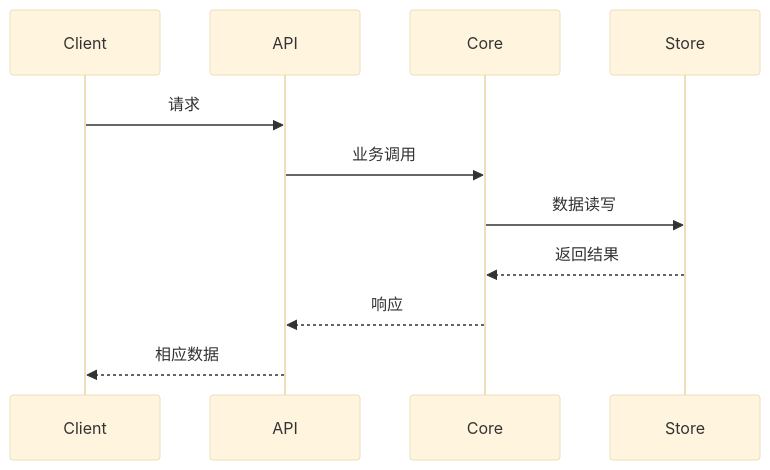
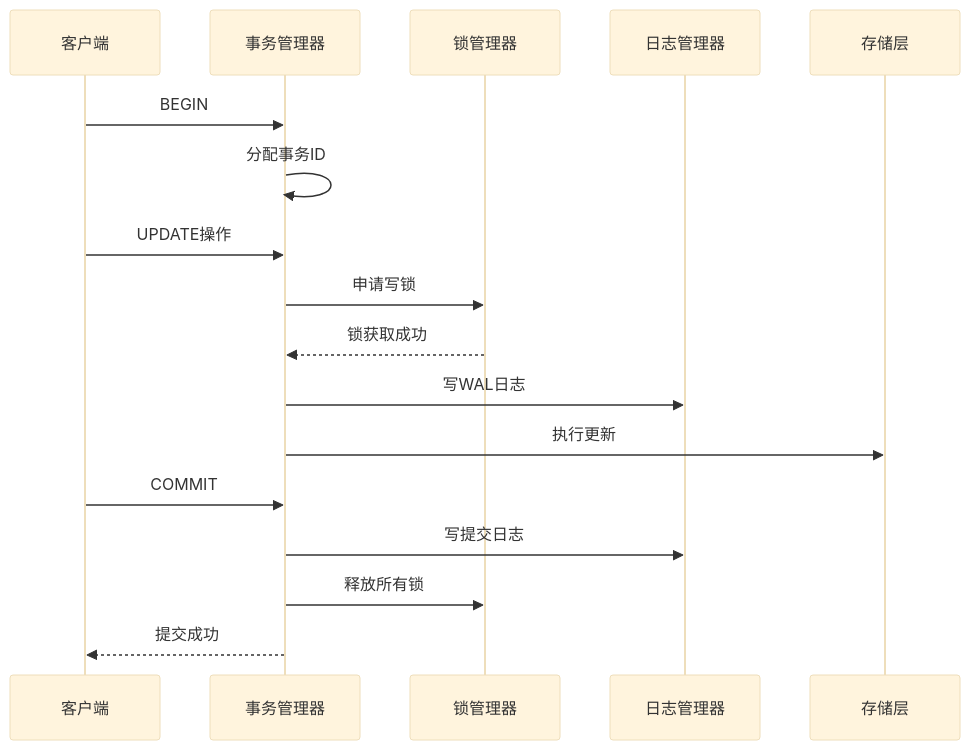
One commit to gaochao-git/devpos changed the second of 2 diagrams in nuxx_code/transaction/transaction模块功能设计文档.md. Above: the diagram before and after it, drawn with Mermaid (base theme). The commit also changed other lines of this file and 8 other files, not shown here.

````diff
--- a/nuxx_code/transaction/transaction模块功能设计文档.md
+++ b/nuxx_code/transaction/transaction模块功能设计文档.md
@@ -160,13 +167,20 @@
 ```mermaid
 sequenceDiagram
-    participant Client
-    participant API
-    participant Core
-    participant Store
-    Client->>API: 请求
-    API->>Core: 业务调用
-    Core->>Store: 数据读写
-    Store-->>Core: 返回结果
-    Core-->>API: 响应
-    API-->>Client: 相应数据
+    participant Client as 客户端
+    participant TxMgr as 事务管理器
+    participant LockMgr as 锁管理器
+    participant LogMgr as 日志管理器
+    participant Storage as 存储层
+    
+    Client->>TxMgr: BEGIN
+    TxMgr->>TxMgr: 分配事务ID
+    Client->>TxMgr: UPDATE操作
+    TxMgr->>LockMgr: 申请写锁
+    LockMgr-->>TxMgr: 锁获取成功
+    TxMgr->>LogMgr: 写WAL日志
+    TxMgr->>Storage: 执行更新
+    Client->>TxMgr: COMMIT
+    TxMgr->>LogMgr: 写提交日志
+    TxMgr->>LockMgr: 释放所有锁
+    TxMgr-->>Client: 提交成功
 ```
````
